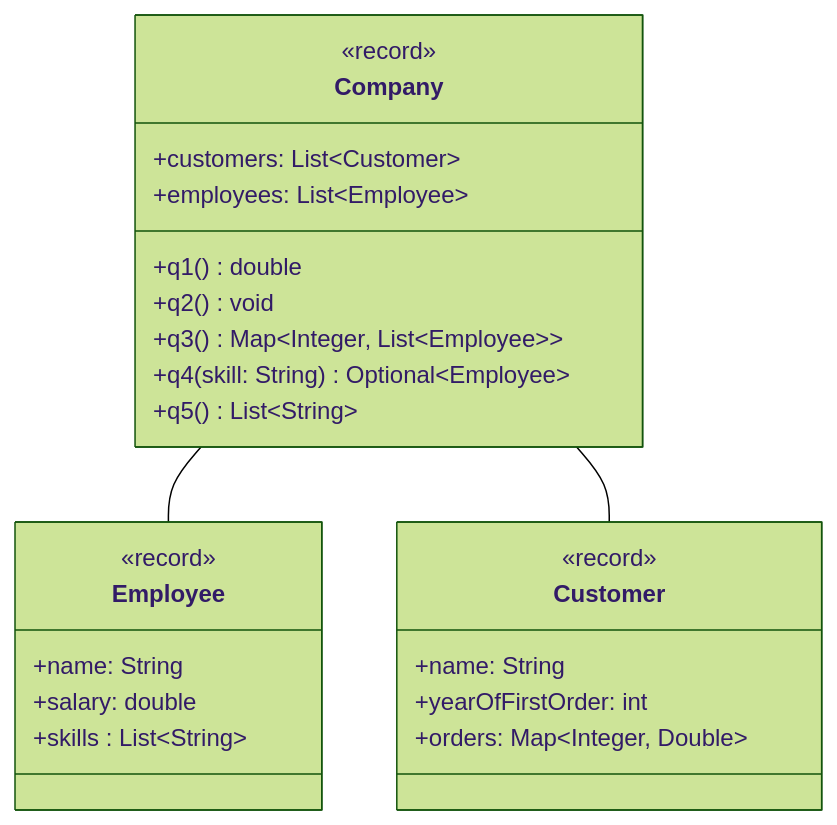
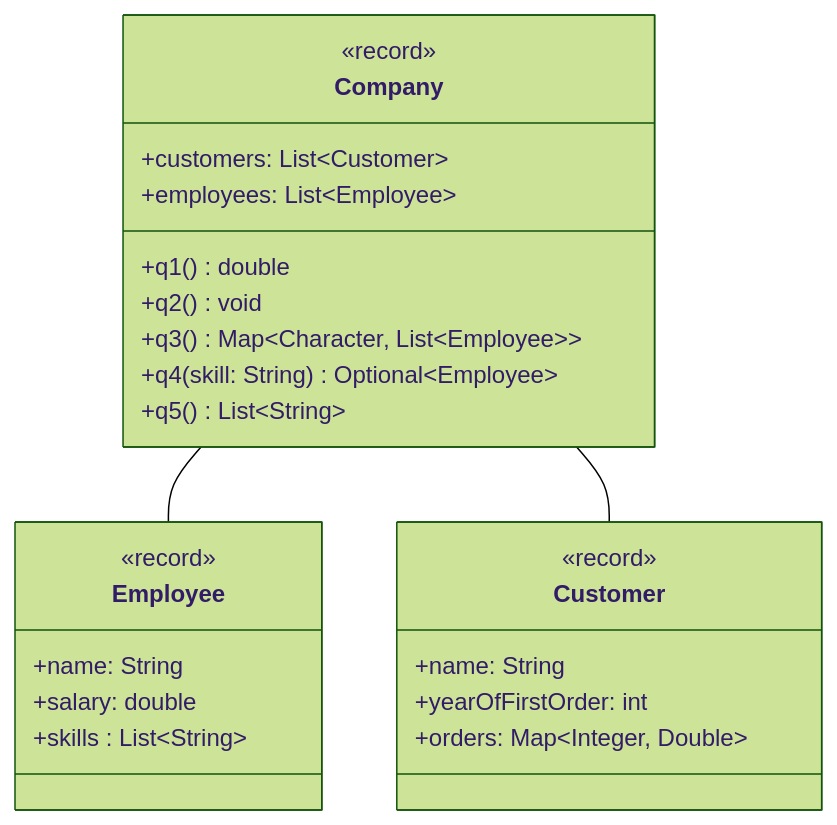
Before and after one commit to jappuccini/java-docs: the third of 3 diagrams in docs/additional-material/steffen/java-2/exam-preparation/2025.md, drawn with Mermaid (forest theme).

````diff
--- a/docs/additional-material/steffen/java-2/exam-preparation/2025.md
+++ b/docs/additional-material/steffen/java-2/exam-preparation/2025.md
@@ -170,34 +170,34 @@
 ```mermaid
 classDiagram
   direction TB
 
   Company -- Employee
   Company -- Customer
 
   class Employee {
     <<record>>
     +name: String
     +salary: double
     +skills : List~String~
   }
 
   class Customer {
     <<record>>
     +name: String
     +yearOfFirstOrder: int
     +orders: Map~Integer, Double~
   }
 
   class Company {
     <<record>>
     +customers: List~Customer~
     +employees: List~Employee~
 
     +q1() double
     +q2() void
-    +q3() Map~Integer&sbquo; List~Employee~~
+    +q3() Map~Character&sbquo; List~Employee~~
     +q4(skill: String) Optional~Employee~
     +q5() List~String~
   }
 
 ```
````
